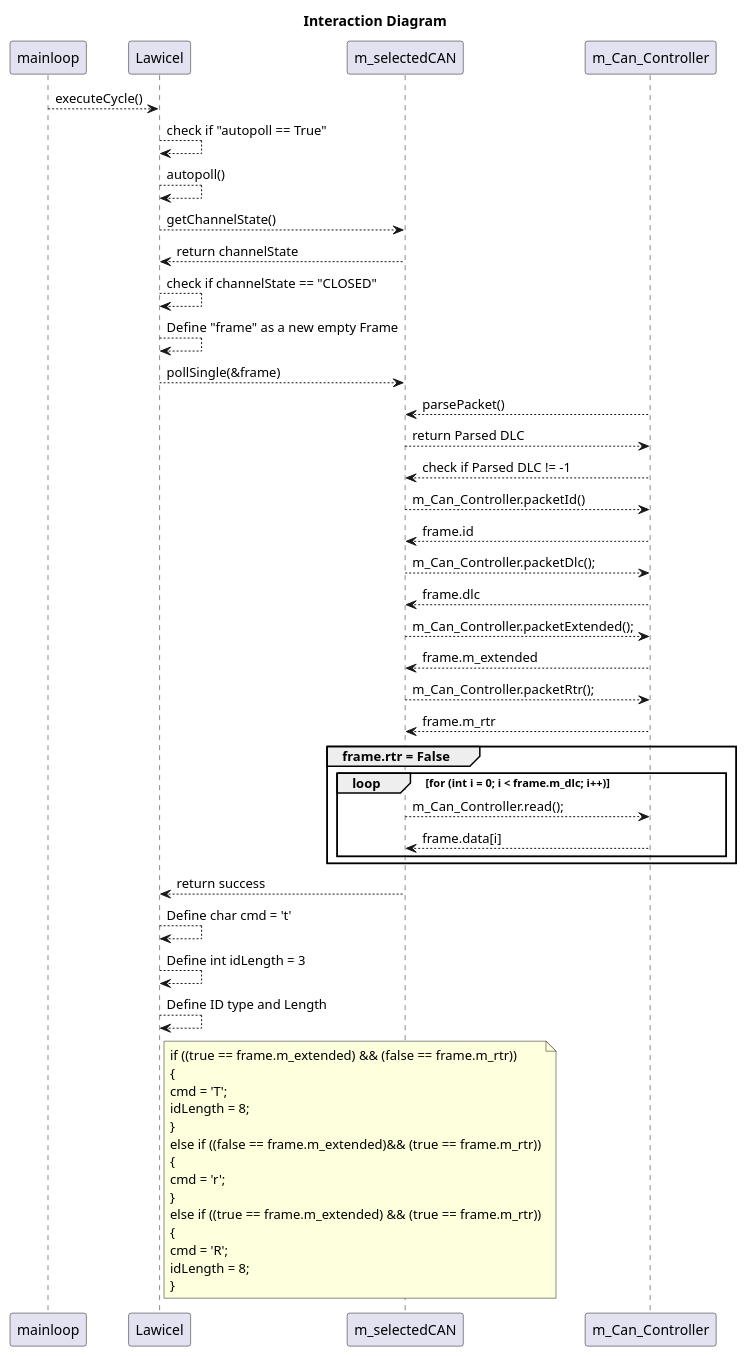
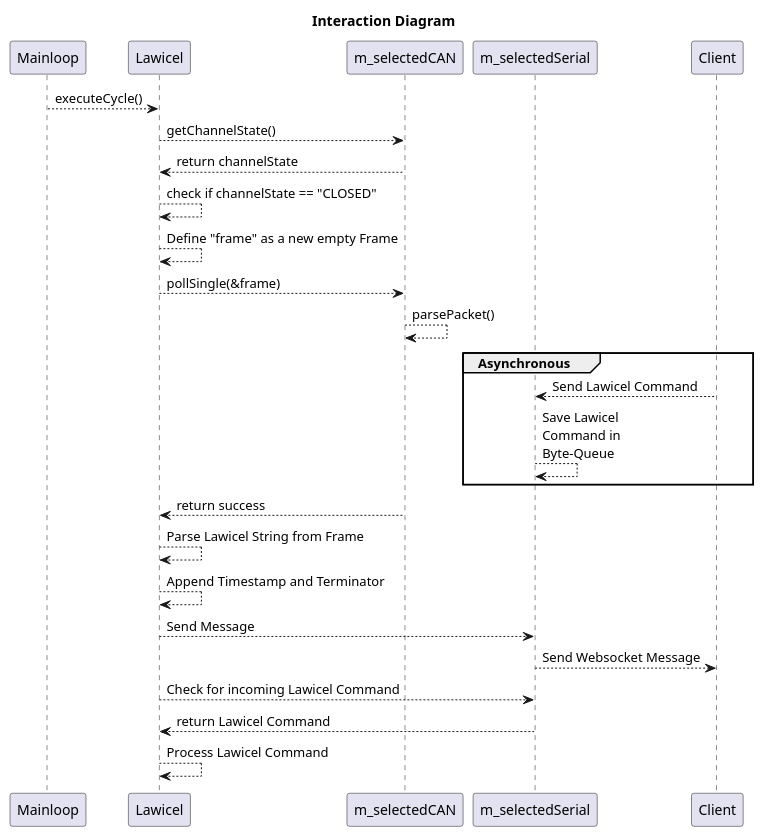
The diagram in Coding/fw/doc/design/Interactions Diagram.plantuml (NewTec-GmbH/esp32-can-iot), drawn with PlantUML before and after one commit.

Commit message:
Interaction Diagram Updated

```diff
--- a/Coding/fw/doc/design/Interactions Diagram.plantuml
+++ b/Coding/fw/doc/design/Interactions Diagram.plantuml
@@ -1,57 +1,35 @@
 @startuml
 
 Title Interaction Diagram
 
-mainloop --> Lawicel : executeCycle()
-Lawicel --> Lawicel : check if "autopoll == True"
-Lawicel --> Lawicel : autopoll()
+Mainloop --> Lawicel : executeCycle()
 Lawicel --> m_selectedCAN : getChannelState()
 m_selectedCAN --> Lawicel : return channelState
 Lawicel --> Lawicel : check if channelState == "CLOSED"
 Lawicel --> Lawicel : Define "frame" as a new empty Frame
 Lawicel --> m_selectedCAN : pollSingle(&frame)
 
 
-m_Can_Controller --> m_selectedCAN  : parsePacket()
-m_selectedCAN --> m_Can_Controller : return Parsed DLC
-m_Can_Controller --> m_selectedCAN  : check if Parsed DLC != -1
-m_selectedCAN --> m_Can_Controller : m_Can_Controller.packetId()
-m_Can_Controller --> m_selectedCAN  : frame.id
-m_selectedCAN --> m_Can_Controller : m_Can_Controller.packetDlc();
-m_Can_Controller --> m_selectedCAN  : frame.dlc
-m_selectedCAN --> m_Can_Controller : m_Can_Controller.packetExtended();
-m_Can_Controller --> m_selectedCAN  : frame.m_extended
-m_selectedCAN --> m_Can_Controller : m_Can_Controller.packetRtr();
-m_Can_Controller --> m_selectedCAN  : frame.m_rtr
-group frame.rtr = False
-    loop for (int i = 0; i < frame.m_dlc; i++)
-        m_selectedCAN --> m_Can_Controller: m_Can_Controller.read();
-        m_Can_Controller --> m_selectedCAN : frame.data[i]
-    end
+m_selectedCAN --> m_selectedCAN  : parsePacket()
+
+group Asynchronous
+    m_selectedSerial <-- Client : Send Lawicel Command
+    m_selectedSerial --> m_selectedSerial : Save Lawicel \nCommand in \nByte-Queue
 end
+
 m_selectedCAN --> Lawicel : return success
 
-Lawicel --> Lawicel : Define char cmd = 't'
-Lawicel --> Lawicel : Define int idLength = 3
-Lawicel --> Lawicel : Define ID type and Length
+Lawicel --> Lawicel : Parse Lawicel String from Frame
+Lawicel --> Lawicel : Append Timestamp and Terminator
+Lawicel --> m_selectedSerial : Send Message
+m_selectedSerial --> Client : Send Websocket Message
 
-note right of Lawicel
-    if ((true == frame.m_extended) && (false == frame.m_rtr))
-    {
-    cmd = 'T';
-    idLength = 8;
-    }
-    else if ((false == frame.m_extended)&& (true == frame.m_rtr))
-    {
-    cmd = 'r';
-    }
-    else if ((true == frame.m_extended) && (true == frame.m_rtr))
-    {
-    cmd = 'R';
-    idLength = 8;
-    }
-end note
+
+Lawicel --> m_selectedSerial : Check for incoming Lawicel Command
+m_selectedSerial --> Lawicel : return Lawicel Command
+
+Lawicel --> Lawicel : Process Lawicel Command
 
 
 
 @enduml
```
